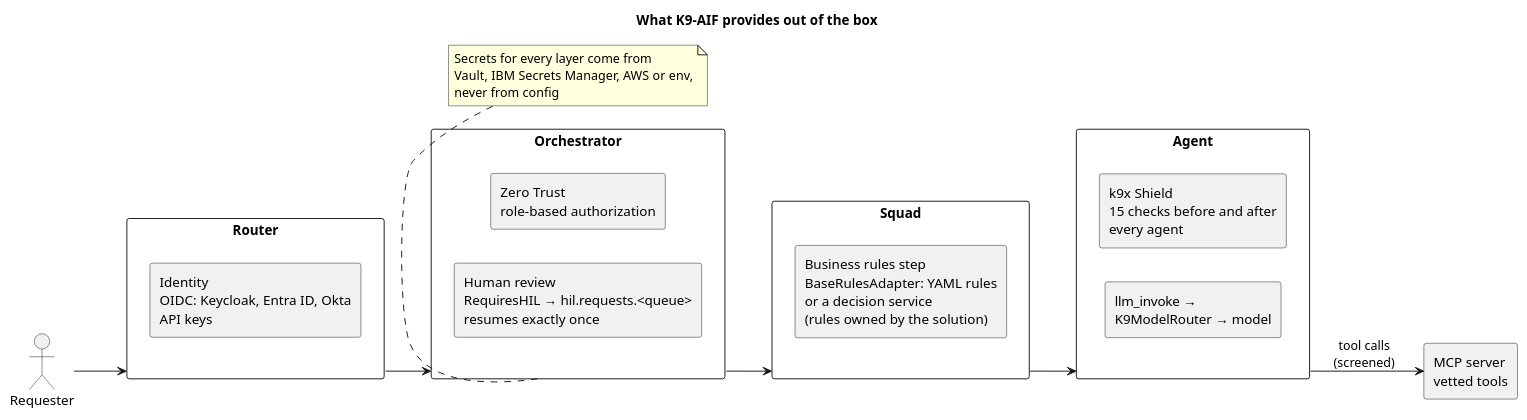
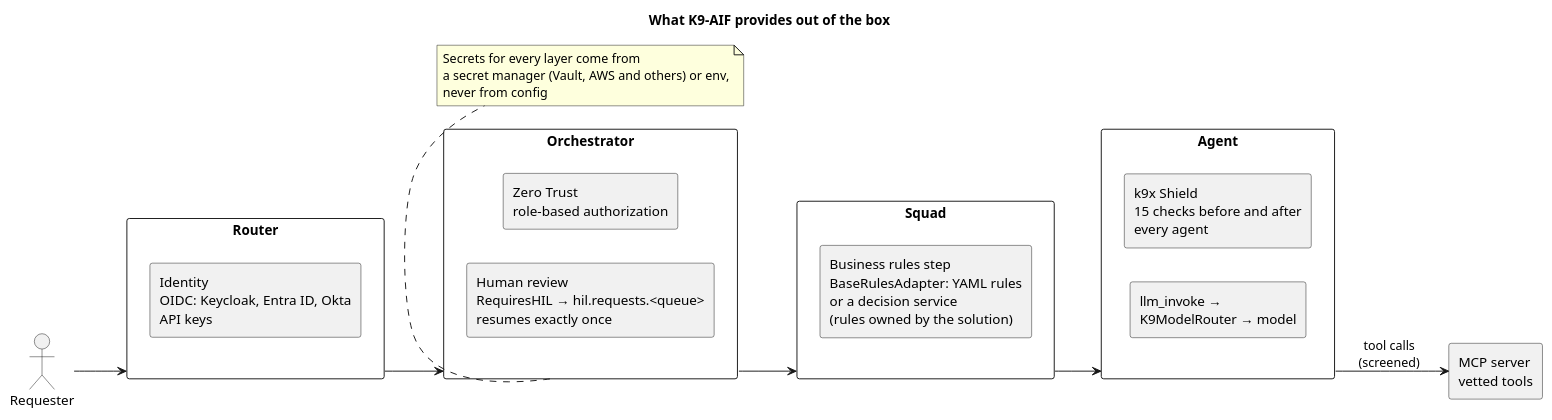
One commit to k9aif/k9-aif-blogs changed the diagram in assets/diagrams/k9aif-oob-capabilities.puml. Above: the diagram before and after it, drawn with PlantUML. The commit also changed 2 other files, not shown here.

```diff
--- a/assets/diagrams/k9aif-oob-capabilities.puml
+++ b/assets/diagrams/k9aif-oob-capabilities.puml
@@ -1,35 +1,35 @@
 @startuml k9aif-oob-capabilities
 title What K9-AIF provides out of the box
 
 left to right direction
 
 actor "Requester" as U
 
 rectangle "Router" as R {
   rectangle "Identity\nOIDC: Keycloak, Entra ID, Okta\nAPI keys" as ID
 }
 rectangle "Orchestrator" as O {
   rectangle "Zero Trust\nrole-based authorization" as ZT
   rectangle "Human review\nRequiresHIL → hil.requests.<queue>\nresumes exactly once" as HIL
 }
 rectangle "Squad" as S {
   rectangle "Business rules step\nBaseRulesAdapter: YAML rules\nor a decision service\n(rules owned by the solution)" as RU
 }
 rectangle "Agent" as A {
   rectangle "k9x Shield\n15 checks before and after\nevery agent" as SH
   rectangle "llm_invoke →\nK9ModelRouter → model" as LLM
 }
 rectangle "MCP server\nvetted tools" as MCP
 
 U --> R
 R --> O
 O --> S
 S --> A
 A --> MCP : tool calls\n(screened)
 
 note bottom of O
   Secrets for every layer come from
-  Vault, IBM Secrets Manager, AWS or env,
+  a secret manager (Vault, AWS and others) or env,
   never from config
 end note
 @enduml
```
